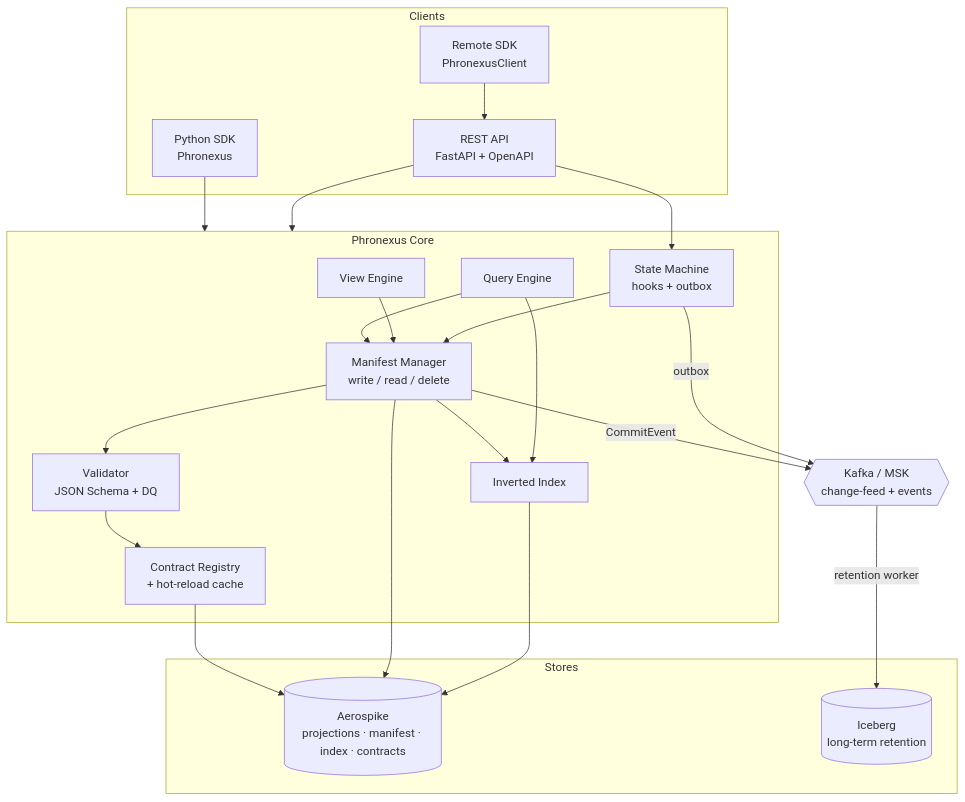
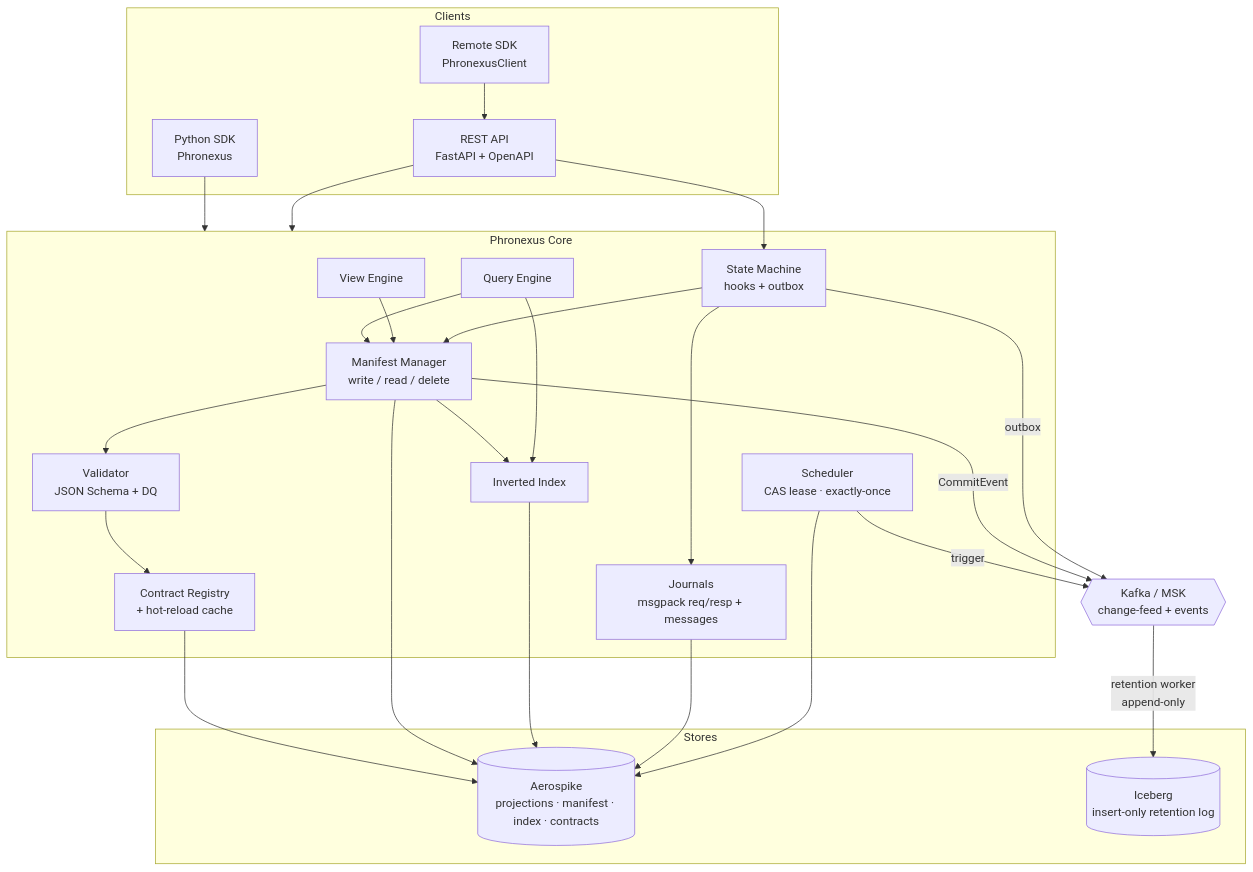
The first of 3 diagrams in docs/architecture.md (shubham3582/test), drawn with Mermaid before and after one commit. The commit also changed other lines of this file and 12 other files, not shown here.

````diff
--- a/docs/architecture.md
+++ b/docs/architecture.md
@@ -12,42 +12,47 @@
 ```mermaid
 flowchart TB
     subgraph clients[Clients]
       SDKp[Python SDK<br/>Phronexus]
       SDKr[Remote SDK<br/>PhronexusClient]
       REST[REST API<br/>FastAPI + OpenAPI]
     end
 
     subgraph core[Phronexus Core]
       REG[Contract Registry<br/>+ hot-reload cache]
       VAL[Validator<br/>JSON Schema + DQ]
       MAN[Manifest Manager<br/>write / read / delete]
       IDX[Inverted Index]
       QRY[Query Engine]
       VIEW[View Engine]
       SM[State Machine<br/>hooks + outbox]
+      SCH[Scheduler<br/>CAS lease · exactly-once]
+      JRN[Journals<br/>msgpack req/resp + messages]
     end
 
     subgraph stores[Stores]
       AERO[(Aerospike<br/>projections · manifest · index · contracts)]
-      ICE[(Iceberg<br/>long-term retention)]
+      ICE[(Iceberg<br/>insert-only retention log)]
     end
 
     KAFKA{{Kafka / MSK<br/>change-feed + events}}
 
     SDKp --> core
     SDKr --> REST --> core
     REST --> SM
 
     REG --> AERO
     VAL --> REG
     MAN --> VAL
     MAN --> AERO
     MAN --> IDX --> AERO
     QRY --> IDX
     QRY --> MAN
     VIEW --> MAN
     SM --> MAN
+    SM --> JRN --> AERO
+    SCH --> AERO
+    SCH -- trigger --> KAFKA
     MAN -- CommitEvent --> KAFKA
     SM -- outbox --> KAFKA
-    KAFKA -- retention worker --> ICE
+    KAFKA -- retention worker<br/>append-only --> ICE
 ```
````
